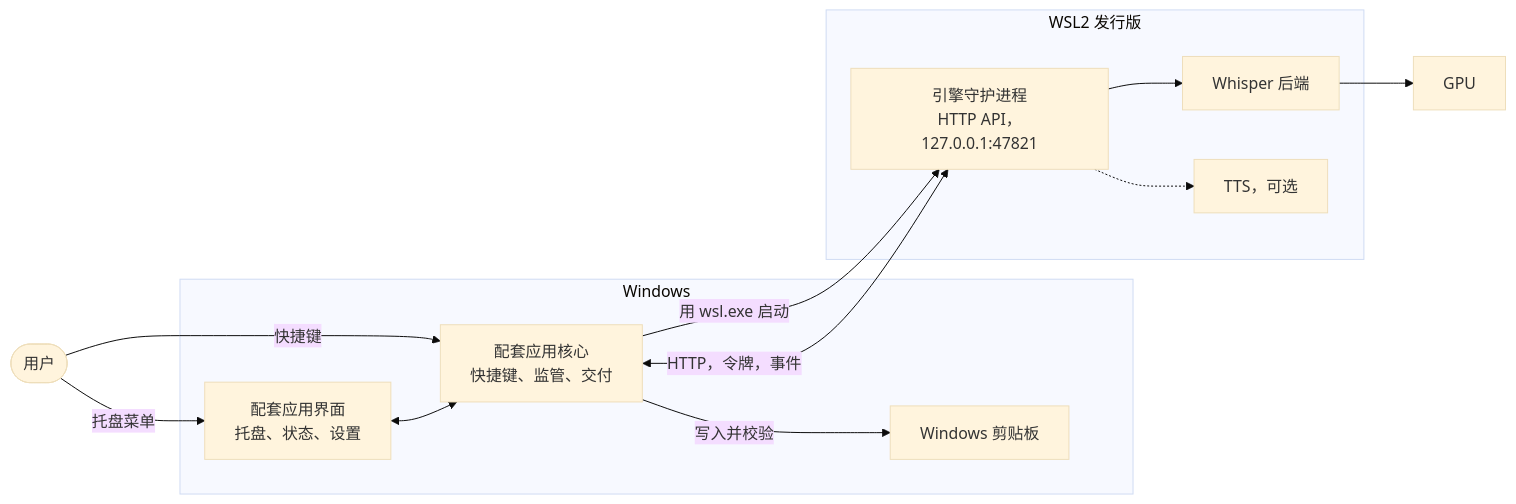
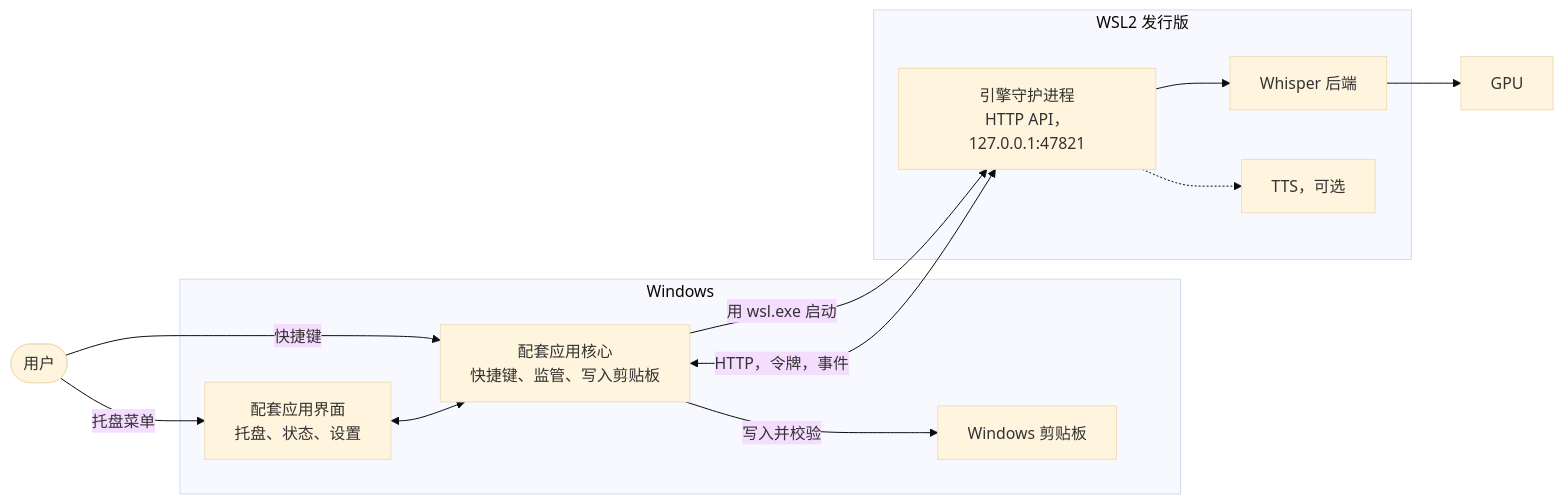
One commit to nano-br/voice-mate changed the second of 5 diagrams in README.zh-CN.md. Above: the diagram before and after it, drawn with Mermaid (base theme). The commit also changed other lines of this file and 1 other file, not shown here.

````diff
--- a/README.zh-CN.md
+++ b/README.zh-CN.md
@@ -175,23 +175,23 @@
 ```mermaid
 flowchart LR
     user(["用户"])
     subgraph win["Windows"]
         ui["配套应用界面<br/>托盘、状态、设置"]
-        core["配套应用核心<br/>快捷键、监管、交付"]
+        core["配套应用核心<br/>快捷键、监管、写入剪贴板"]
         clip["Windows 剪贴板"]
     end
     subgraph wsl["WSL2 发行版"]
         api["引擎守护进程<br/>HTTP API，127.0.0.1:47821"]
         stt["Whisper 后端"]
         tts["TTS，可选"]
     end
     gpu["GPU"]
     user -->|"托盘菜单"| ui
     user -->|"快捷键"| core
     ui <--> core
     core -->|"写入并校验"| clip
     core -->|"用 wsl.exe 启动"| api
     core <-->|"HTTP，令牌，事件"| api
     api --> stt --> gpu
     api -.-> tts
 ```
````
